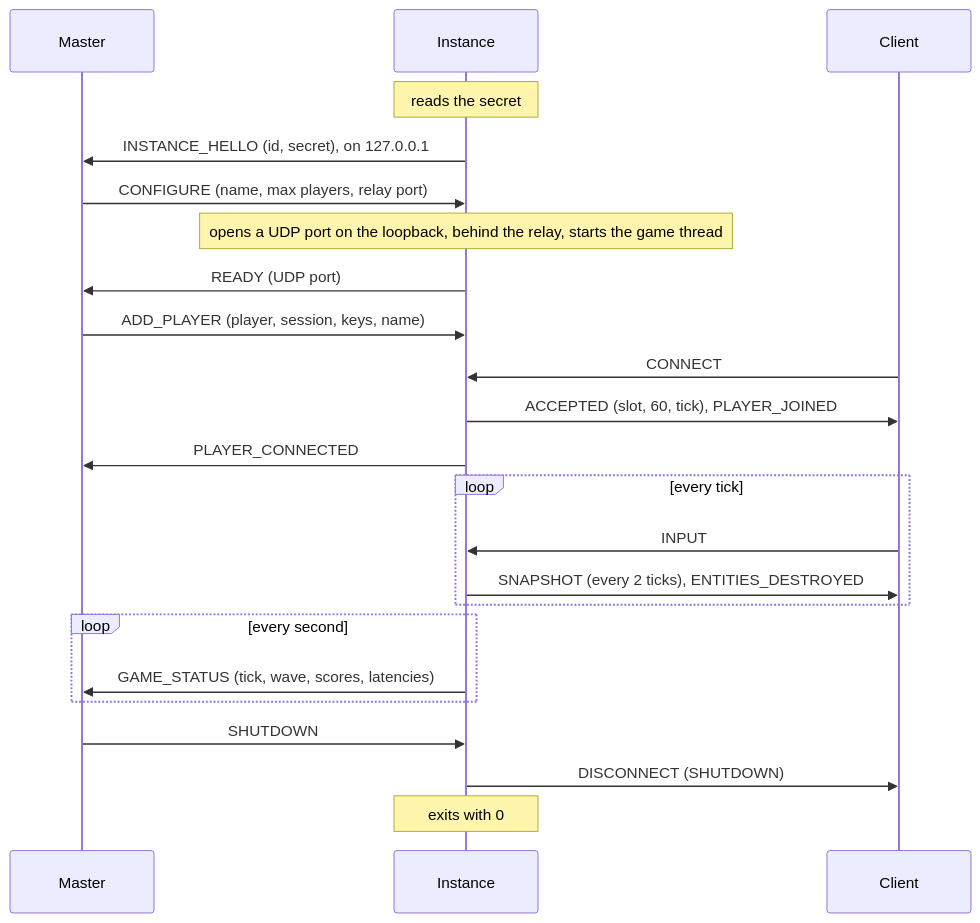
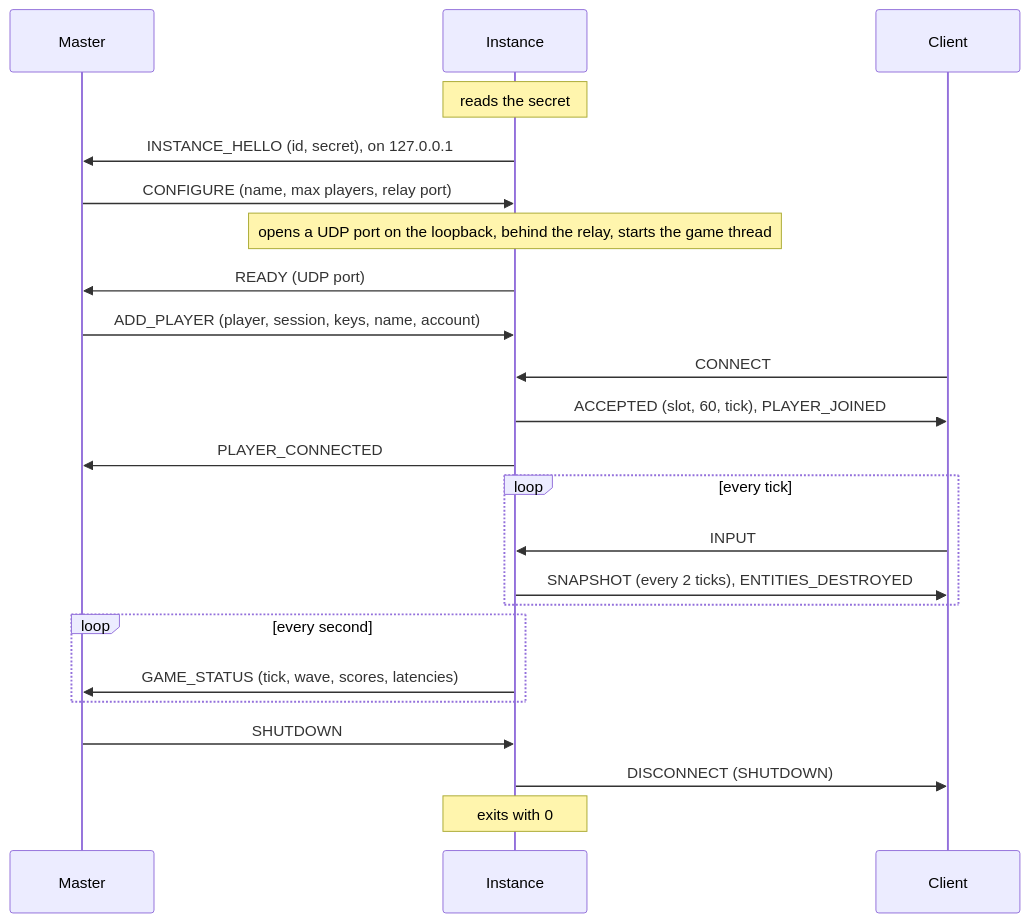
One commit to Akinator31/Rtype changed the fifth of 7 diagrams in docs/architecture/server.md. Above: the diagram before and after it, drawn with Mermaid. The commit also changed other lines of this file and 10 other files, not shown here.

````diff
--- a/docs/architecture/server.md
+++ b/docs/architecture/server.md
@@ -437,25 +437,25 @@
 ```mermaid
 sequenceDiagram
     participant M as Master
     participant I as Instance
     participant C as Client
     Note over I: reads the secret
     I->>M: INSTANCE_HELLO (id, secret), on 127.0.0.1
     M->>I: CONFIGURE (name, max players, relay port)
     Note over I: opens a UDP port on the loopback, behind the relay, starts the game thread
     I->>M: READY (UDP port)
-    M->>I: ADD_PLAYER (player, session, keys, name)
+    M->>I: ADD_PLAYER (player, session, keys, name, account)
     C->>I: CONNECT
     I->>C: ACCEPTED (slot, 60, tick), PLAYER_JOINED
     I->>M: PLAYER_CONNECTED
     loop every tick
         C->>I: INPUT
         I->>C: SNAPSHOT (every 2 ticks), ENTITIES_DESTROYED
     end
     loop every second
         I->>M: GAME_STATUS (tick, wave, scores, latencies)
     end
     M->>I: SHUTDOWN
     I->>C: DISCONNECT (SHUTDOWN)
     Note over I: exits with 0
 ```
````
